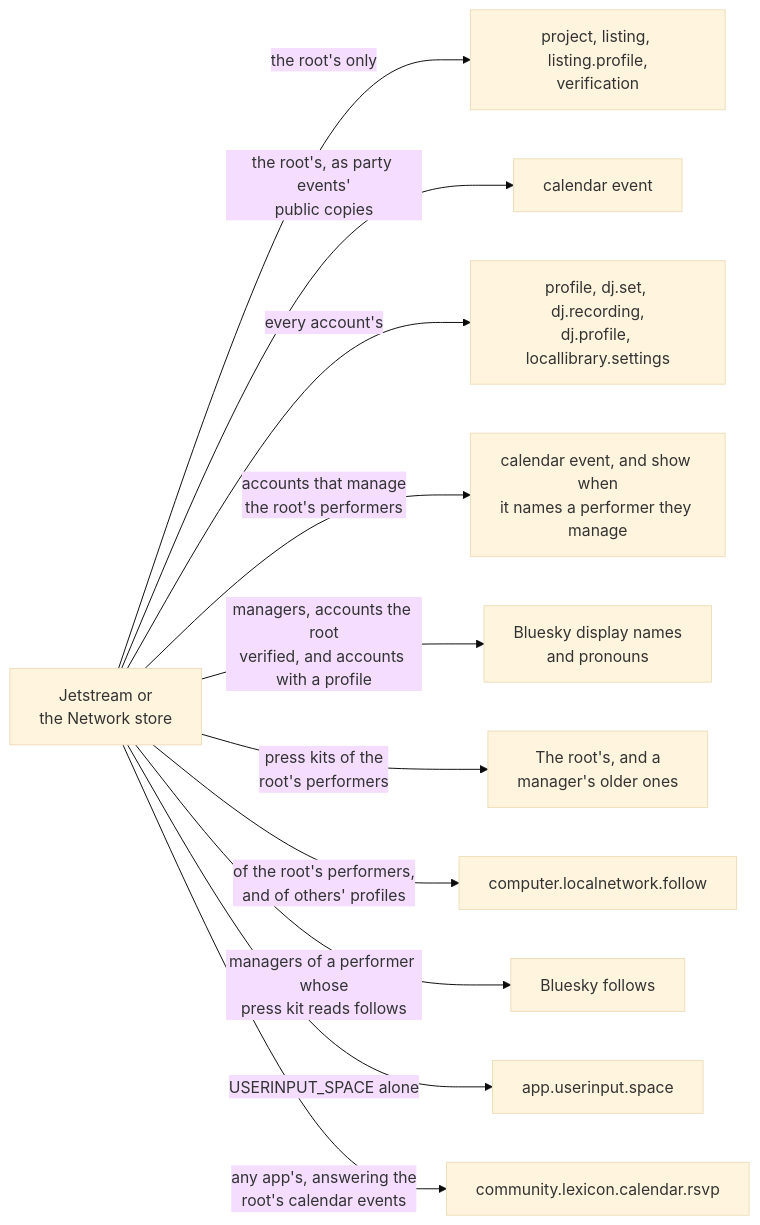
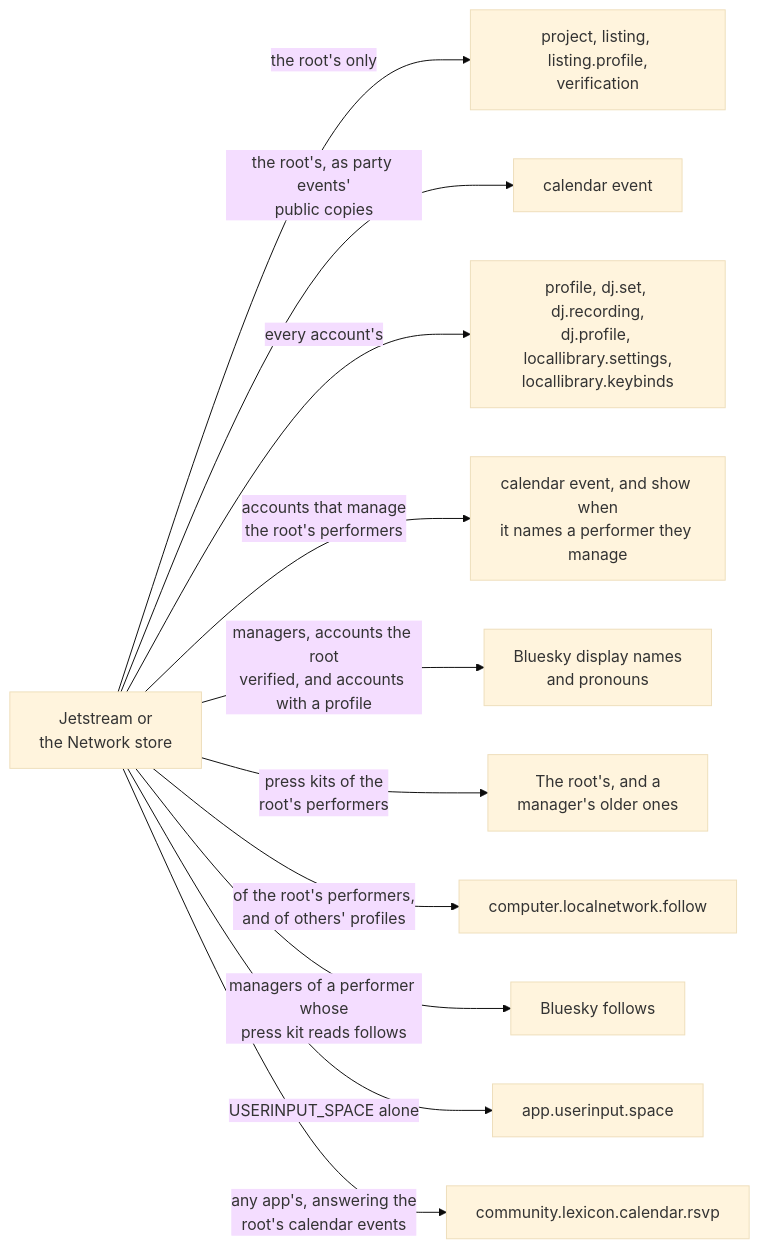
One commit to cutenode/localnetwork changed the sixth of 7 diagrams in apps/web/docs/diagrams/jobs-and-directory.md. Above: the diagram before and after it, drawn with Mermaid (base theme). The commit also changed other lines of this file and 186 other files, not shown here.

````diff
--- a/apps/web/docs/diagrams/jobs-and-directory.md
+++ b/apps/web/docs/diagrams/jobs-and-directory.md
@@ -125,14 +125,14 @@
 ```mermaid
 flowchart LR
   Jet["Jetstream or<br/>the Network store"]
   Jet -- "the root's only" --> Root["project, listing, listing.profile,<br/>verification"]
   Jet -- "the root's, as party events'<br/>public copies" --> Copies["calendar event"]
-  Jet -- "every account's" --> All["profile, dj.set, dj.recording,<br/>dj.profile, locallibrary.settings"]
+  Jet -- "every account's" --> All["profile, dj.set, dj.recording,<br/>dj.profile, locallibrary.settings,<br/>locallibrary.keybinds"]
   Jet -- "accounts that manage<br/>the root's performers" --> Managers["calendar event, and show when<br/>it names a performer they manage"]
   Jet -- "managers, accounts the root<br/>verified, and accounts with a profile" --> Names["Bluesky display names<br/>and pronouns"]
   Jet -- "press kits of the<br/>root's performers" --> Kits["The root's, and a<br/>manager's older ones"]
   Jet -- "of the root's performers,<br/>and of others' profiles" --> Follows["computer.localnetwork.follow"]
   Jet -- "managers of a performer whose<br/>press kit reads follows" --> Bsky["Bluesky follows"]
   Jet -- "USERINPUT_SPACE alone" --> Input["app.userinput.space"]
   Jet -- "any app's, answering the<br/>root's calendar events" --> Rsvps["community.lexicon.calendar.rsvp"]
 ```
````
